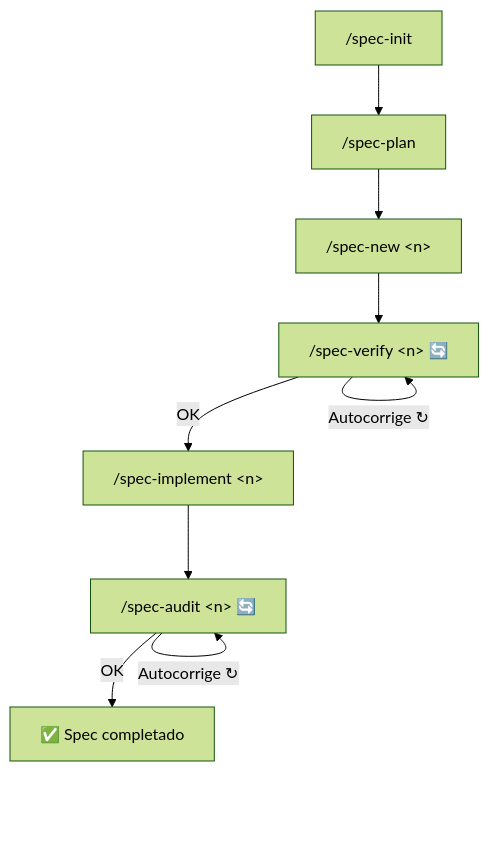
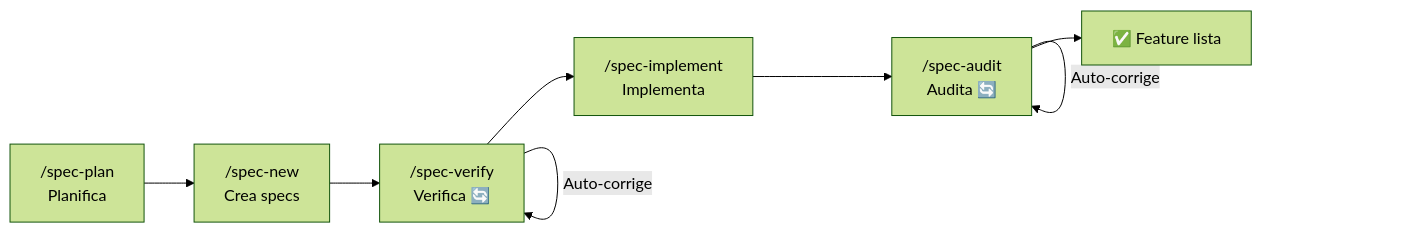
One commit to andrelncampos/dscode-public changed the diagram in docs/i18n/README.es.md. Above: the diagram before and after it, drawn with Mermaid (forest theme). The commit also changed other lines of this file and 4 other files, not shown here.

````diff
--- a/docs/i18n/README.es.md
+++ b/docs/i18n/README.es.md
@@ -400,11 +33,10 @@
 ```mermaid
-flowchart TD
-    INIT["/spec-init"] --> PLAN["/spec-plan"]
-    PLAN --> NEW["/spec-new &lt;n&gt;"]
-    NEW --> VERIFY["/spec-verify &lt;n&gt; 🔄"]
-    VERIFY -->|OK| IMPL["/spec-implement &lt;n&gt;"]
-    VERIFY -->|"Autocorrige ↻"| VERIFY
-    IMPL --> AUDIT["/spec-audit &lt;n&gt; 🔄"]
-    AUDIT -->|OK| DONE[✅ Spec completado]
-    AUDIT -->|"Autocorrige ↻"| AUDIT
+flowchart LR
+    P["/spec-plan<br/>Planifica"] --> N["/spec-new<br/>Crea specs"]
+    N --> V["/spec-verify<br/>Verifica 🔄"]
+    V -->|"Auto-corrige"| V
+    V --> I["/spec-implement<br/>Implementa"]
+    I --> A["/spec-audit<br/>Audita 🔄"]
+    A -->|"Auto-corrige"| A
+    A --> D[✅ Feature lista]
 ```
````
